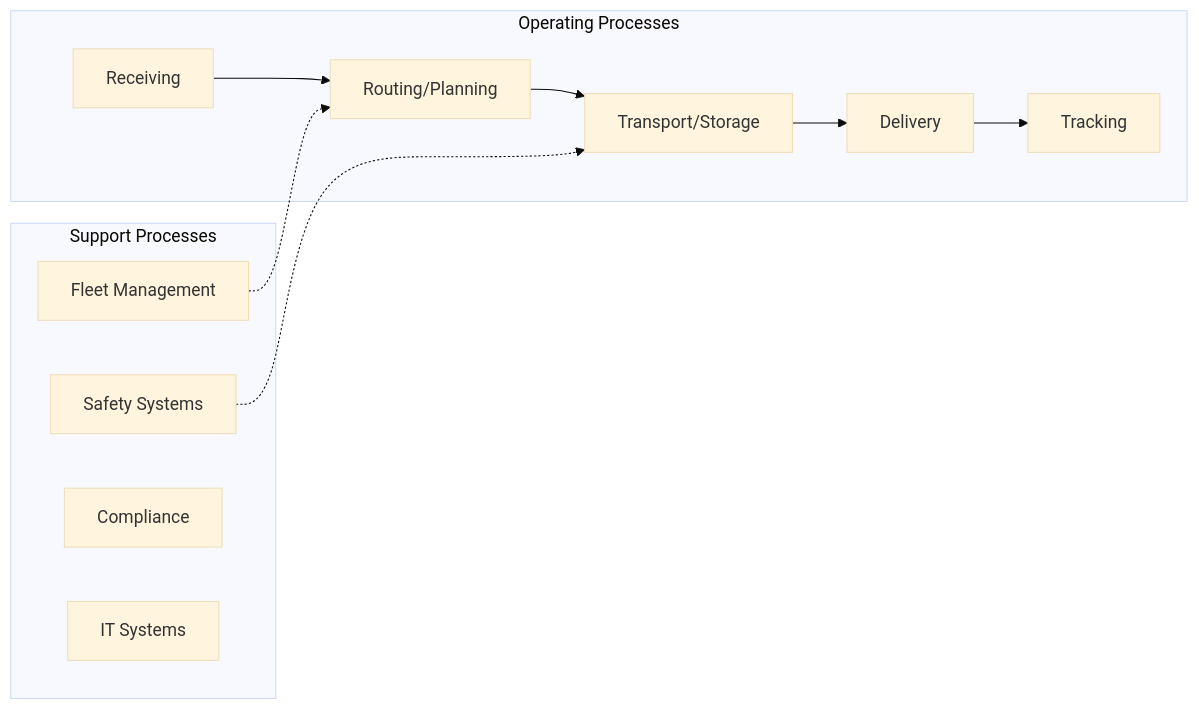
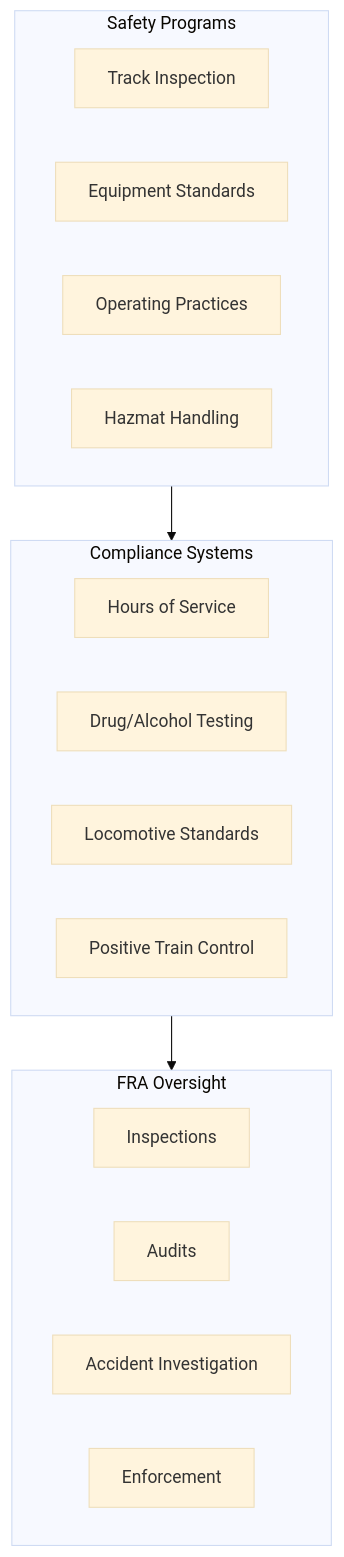
Before and after one commit to kziemski/business.org.ai: the third of 4 diagrams in industries/TransportationAndWarehousing/RailTransportation/LinehaulRailroads.mdx, drawn with Mermaid (base theme). The commit also changed other lines of this file and 19 other files, not shown here.

First line of the commit message:
feat: enrich industry files and add sequence diagrams to processes

````diff
--- a/industries/TransportationAndWarehousing/RailTransportation/LinehaulRailroads.mdx
+++ b/industries/TransportationAndWarehousing/RailTransportation/LinehaulRailroads.mdx
@@ -47,24 +85,25 @@
 ```mermaid
-flowchart LR
-    subgraph Operating["Operating Processes"]
-        O1["Receiving"]
-        O2["Routing/Planning"]
-        O3["Transport/Storage"]
-        O4["Delivery"]
-        O5["Tracking"]
+flowchart TD
+    subgraph Safety["Safety Programs"]
+        S1[Track Inspection]
+        S2[Equipment Standards]
+        S3[Operating Practices]
+        S4[Hazmat Handling]
     end
 
-    subgraph Support["Support Processes"]
-        S1["Fleet Management"]
-        S2["Safety Systems"]
-        S3["Compliance"]
-        S4["IT Systems"]
+    subgraph Compliance["Compliance Systems"]
+        C1[Hours of Service]
+        C2[Drug/Alcohol Testing]
+        C3[Locomotive Standards]
+        C4[Positive Train Control]
     end
 
-    O1 --> O2
-    O2 --> O3
-    O3 --> O4
-    O4 --> O5
-    S1 -.-> O2
-    S2 -.-> O3
+    subgraph Oversight["FRA Oversight"]
+        O1[Inspections]
+        O2[Audits]
+        O3[Accident Investigation]
+        O4[Enforcement]
+    end
+
+    Safety --> Compliance --> Oversight
 ```
````
